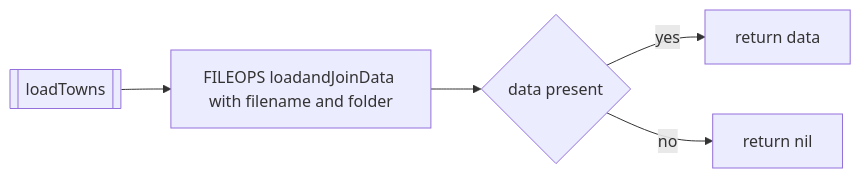
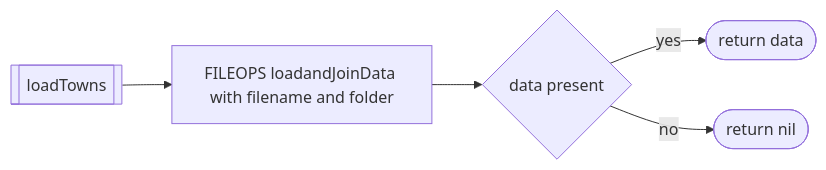
The third of 5 diagrams in docs/world/towns.md (Gh0st352/AETHR), drawn with Mermaid before and after one commit. The commit also changed other lines of this file and 7 other files, not shown here.

First line of the commit message:
docs(world, mermaid): normalize headings and standardize Mermaid diagrams

````diff
--- a/docs/world/towns.md
+++ b/docs/world/towns.md
@@ -65,7 +80,12 @@
 ```mermaid
+%% shared theme: docs/_mermaid/theme.json %%
 flowchart LR
   LT[[loadTowns]] --> L0[FILEOPS loadandJoinData with filename and folder]
   L0 --> C{data present}
-  C -->|yes| RT[return data]
-  C -->|no| RTN[return nil]
+  C -- "yes" --> RT([return data])
+  C -- "no" --> RTN([return nil])
+
+  class C class_decision;
+  class RT,RTN class_result;
+  class LT,L0 class_step;
 ```
````
